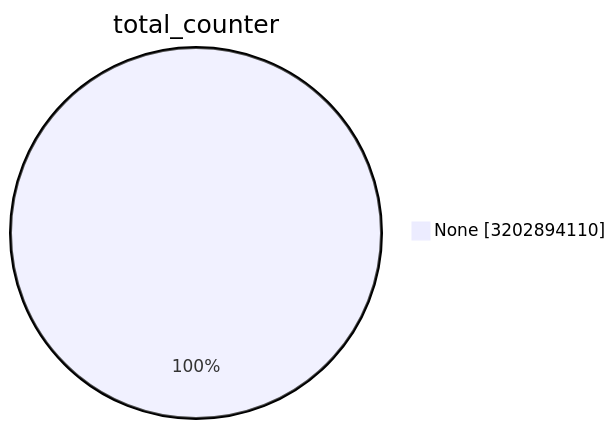
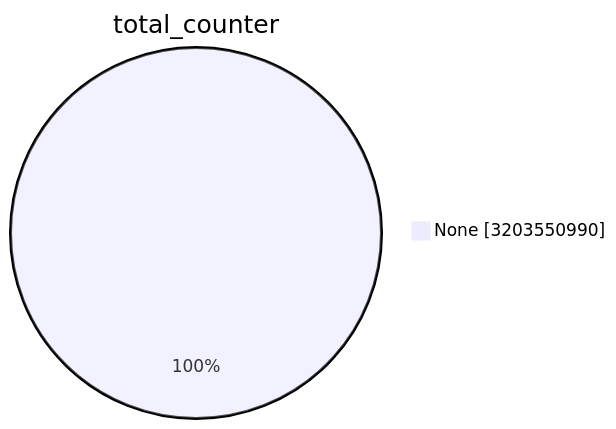
One commit to christiankrug/ctmonitor_visualization changed the first of 15 diagrams in TOTAL/README.md. Above: the diagram before and after it, drawn with Mermaid. The commit also changed other lines of this file, not shown here.

````diff
--- a/TOTAL/README.md
+++ b/TOTAL/README.md
@@ -1,5 +1,5 @@
 ```mermaid
 pie showData
 title total_counter
-"None" :3202894110
+"None" :3203550990
 ```
````
